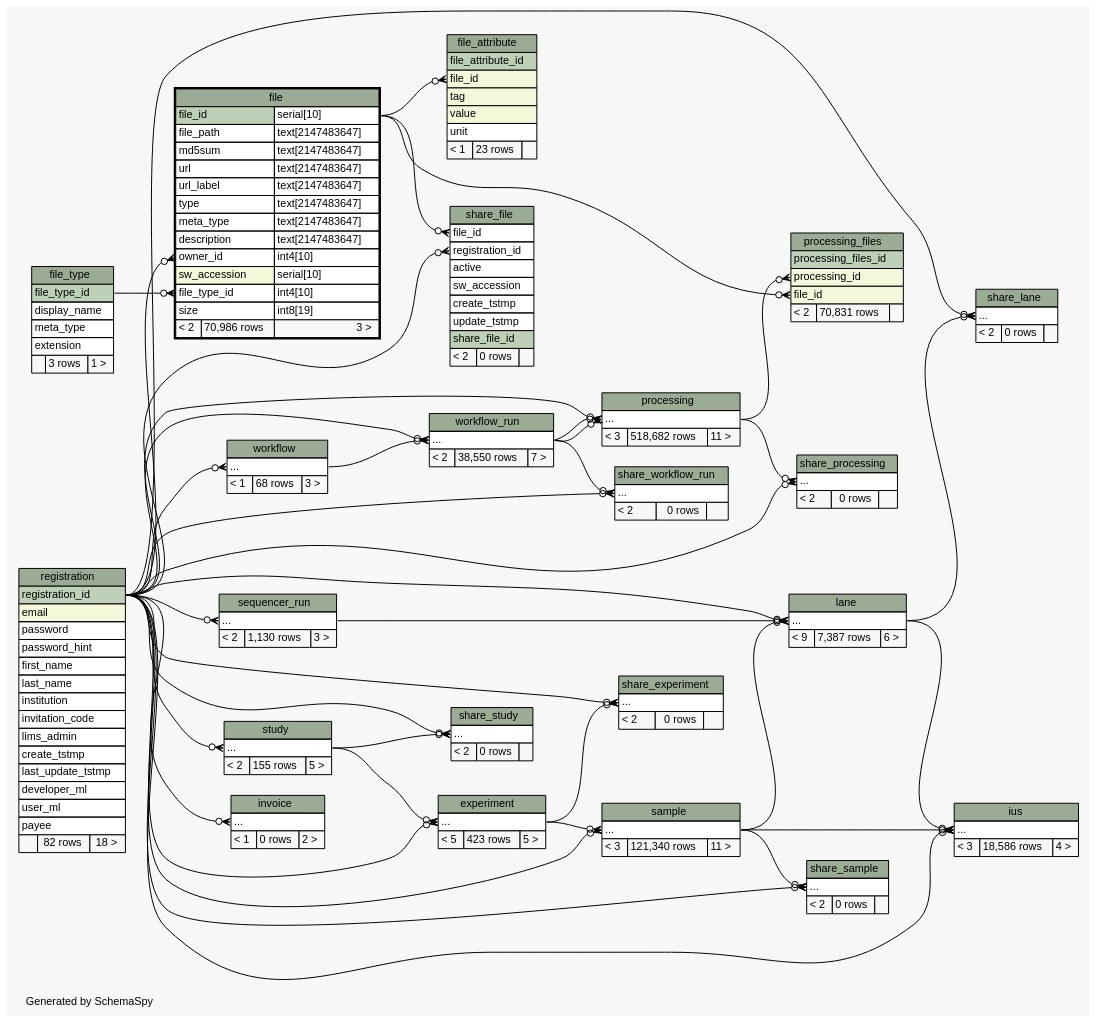
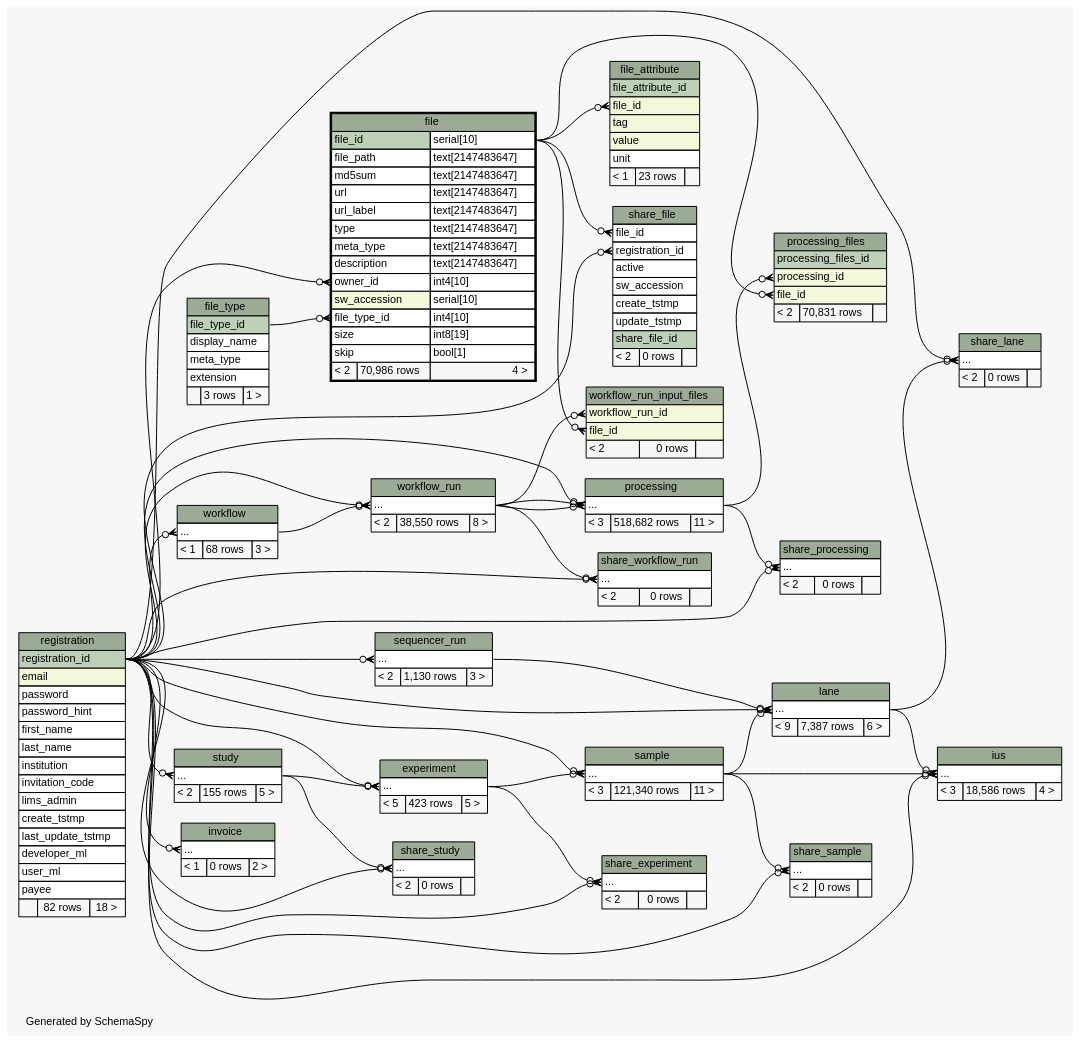
The diagram in metadb-schema/diagrams/file.2degrees.dot (SeqWare/seqware.github.com), drawn with Graphviz before and after one commit. The commit also changed 214 other files, not shown here.

Commit message:
Update dbschema

```diff
--- a/metadb-schema/diagrams/file.2degrees.dot
+++ b/metadb-schema/diagrams/file.2degrees.dot
@@ -57,6 +57,8 @@
   "workflow":"elipses":w -> "registration":"registration_id":e [arrowhead=none dir=back arrowtail=crowodot];
   "workflow_run":"elipses":w -> "registration":"registration_id":e [arrowhead=none dir=back arrowtail=crowodot];
   "workflow_run":"elipses":w -> "workflow":"elipses":e [arrowhead=none dir=back arrowtail=crowodot];
+  "workflow_run_input_files":"file_id":w -> "file":"file_id.type":e [arrowhead=none dir=back arrowtail=crowodot];
+  "workflow_run_input_files":"workflow_run_id":w -> "workflow_run":"elipses":e [arrowhead=none dir=back arrowtail=crowodot];
   "experiment" [
     label=<
     <TABLE BORDER="0" CELLBORDER="1" CELLSPACING="0" BGCOLOR="#ffffff">
@@ -83,7 +85,8 @@
       <TR><TD PORT="sw_accession" COLSPAN="2" BGCOLOR="#f4f7da" ALIGN="LEFT">sw_accession</TD><TD PORT="sw_accession.type" ALIGN="LEFT">serial[10]</TD></TR>
       <TR><TD PORT="file_type_id" COLSPAN="2" ALIGN="LEFT">file_type_id</TD><TD PORT="file_type_id.type" ALIGN="LEFT">int4[10]</TD></TR>
       <TR><TD PORT="size" COLSPAN="2" ALIGN="LEFT">size</TD><TD PORT="size.type" ALIGN="LEFT">int8[19]</TD></TR>
-      <TR><TD ALIGN="LEFT" BGCOLOR="#f7f7f7">&lt; 2</TD><TD ALIGN="RIGHT" BGCOLOR="#f7f7f7">70,986 rows</TD><TD ALIGN="RIGHT" BGCOLOR="#f7f7f7">3 &gt;</TD></TR>
+      <TR><TD PORT="skip" COLSPAN="2" ALIGN="LEFT">skip</TD><TD PORT="skip.type" ALIGN="LEFT">bool[1]</TD></TR>
+      <TR><TD ALIGN="LEFT" BGCOLOR="#f7f7f7">&lt; 2</TD><TD ALIGN="RIGHT" BGCOLOR="#f7f7f7">70,986 rows</TD><TD ALIGN="RIGHT" BGCOLOR="#f7f7f7">4 &gt;</TD></TR>
     </TABLE>>
     URL="file.html"
     tooltip="file"
@@ -311,9 +314,20 @@
     <TABLE BORDER="0" CELLBORDER="1" CELLSPACING="0" BGCOLOR="#ffffff">
       <TR><TD COLSPAN="3" BGCOLOR="#9bab96" ALIGN="CENTER">workflow_run</TD></TR>
       <TR><TD PORT="elipses" COLSPAN="3" ALIGN="LEFT">...</TD></TR>
-      <TR><TD ALIGN="LEFT" BGCOLOR="#f7f7f7">&lt; 2</TD><TD ALIGN="RIGHT" BGCOLOR="#f7f7f7">38,550 rows</TD><TD ALIGN="RIGHT" BGCOLOR="#f7f7f7">7 &gt;</TD></TR>
+      <TR><TD ALIGN="LEFT" BGCOLOR="#f7f7f7">&lt; 2</TD><TD ALIGN="RIGHT" BGCOLOR="#f7f7f7">38,550 rows</TD><TD ALIGN="RIGHT" BGCOLOR="#f7f7f7">8 &gt;</TD></TR>
     </TABLE>>
     URL="workflow_run.html"
     tooltip="workflow_run"
   ];
+  "workflow_run_input_files" [
+    label=<
+    <TABLE BORDER="0" CELLBORDER="1" CELLSPACING="0" BGCOLOR="#ffffff">
+      <TR><TD COLSPAN="3" BGCOLOR="#9bab96" ALIGN="CENTER">workflow_run_input_files</TD></TR>
+      <TR><TD PORT="workflow_run_id" COLSPAN="3" BGCOLOR="#f4f7da" ALIGN="LEFT">workflow_run_id</TD></TR>
+      <TR><TD PORT="file_id" COLSPAN="3" BGCOLOR="#f4f7da" ALIGN="LEFT">file_id</TD></TR>
+      <TR><TD ALIGN="LEFT" BGCOLOR="#f7f7f7">&lt; 2</TD><TD ALIGN="RIGHT" BGCOLOR="#f7f7f7">0 rows</TD><TD ALIGN="RIGHT" BGCOLOR="#f7f7f7">  </TD></TR>
+    </TABLE>>
+    URL="workflow_run_input_files.html"
+    tooltip="workflow_run_input_files"
+  ];
 }
```
